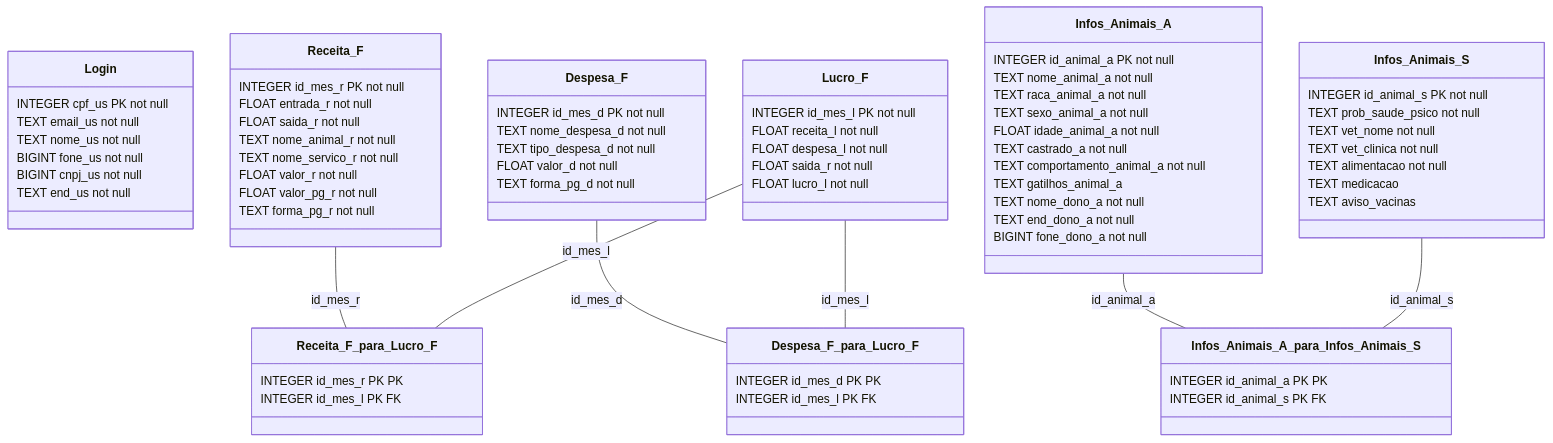
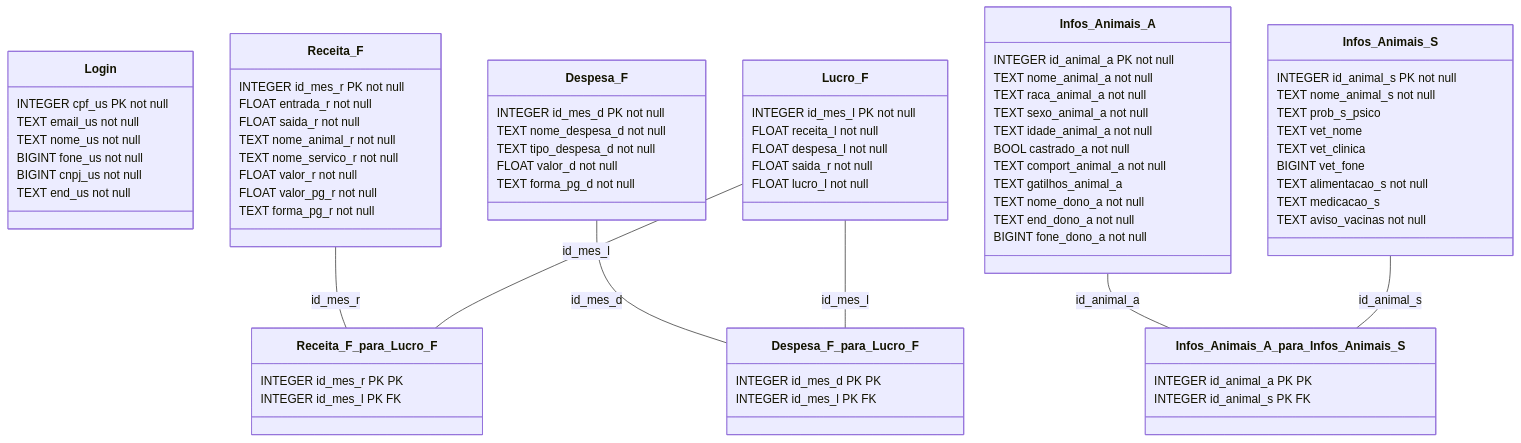
One commit to scirafa/sistema changed the diagram in app/static/database/diagrama.md. Above: the diagram before and after it, drawn with Mermaid. The commit also changed 4 other files, not shown here.

```diff
--- a/app/static/database/diagrama.md
+++ b/app/static/database/diagrama.md
@@ -41,9 +41,9 @@
      TEXT nome_animal_a not null
      TEXT raca_animal_a not null
      TEXT sexo_animal_a not null
-     FLOAT idade_animal_a not null
-     TEXT castrado_a not null
-     TEXT comportamento_animal_a not null
+     TEXT idade_animal_a not null
+     BOOL castrado_a not null
+     TEXT comport_animal_a not null
      TEXT gatilhos_animal_a 
      TEXT nome_dono_a not null
      TEXT end_dono_a not null
@@ -52,12 +52,14 @@
  
  class Infos_Animais_S {
     INTEGER id_animal_s PK not null
-    TEXT prob_saude_psico not null
-    TEXT vet_nome not null
-    TEXT vet_clinica not null
-    TEXT alimentacao not null
-    TEXT medicacao
-    TEXT aviso_vacinas 
+    TEXT nome_animal_s not null
+    TEXT prob_s_psico
+    TEXT vet_nome 
+    TEXT vet_clinica 
+    BIGINT vet_fone 
+    TEXT alimentacao_s not null
+    TEXT medicacao_s
+    TEXT aviso_vacinas not null
  }
 
  class Receita_F_para_Lucro_F {
```
